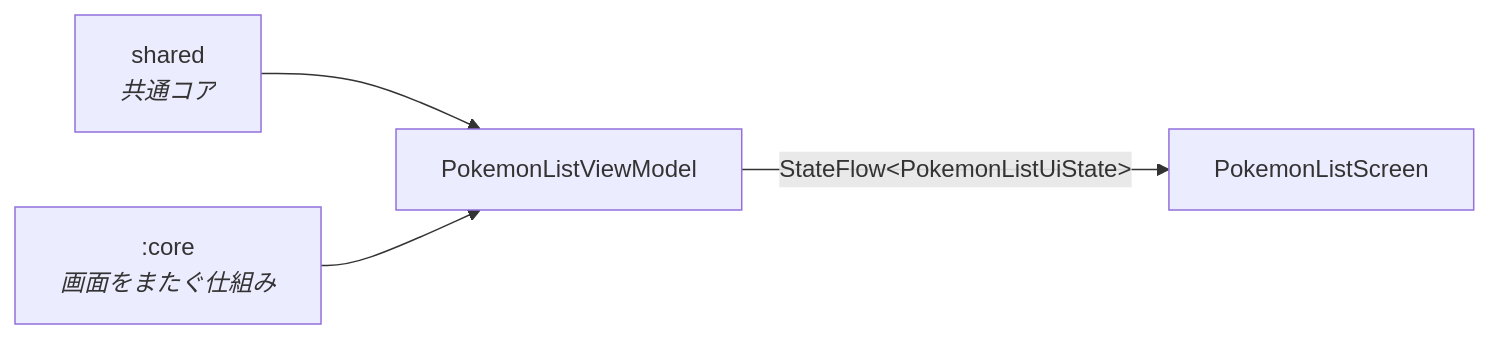
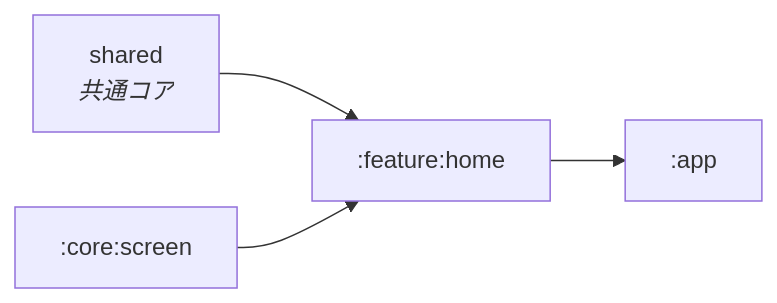
The second of 2 diagrams in README.md (yossibank/android-app-template), drawn with Mermaid before and after one commit. The commit also changed other lines of this file and 39 other files, not shown here.

First line of the commit message:
Split the app into :app, :feature:home and :core:screen

````diff
--- a/README.md
+++ b/README.md
@@ -43,10 +43,10 @@
 ```mermaid
 flowchart LR
     SHARED["shared<br/><i>共通コア</i>"]
-    CORE[":core<br/><i>画面をまたぐ仕組み</i>"]
-    VM["PokemonListViewModel"]
-    SCREEN["PokemonListScreen"]
-    SHARED --> VM
-    CORE --> VM
-    VM -->|"StateFlow&lt;PokemonListUiState&gt;"| SCREEN
+    SCREEN[":core:screen"]
+    HOME[":feature:home"]
+    APP[":app"]
+    SHARED --> HOME
+    SCREEN --> HOME
+    HOME --> APP
 ```
````
